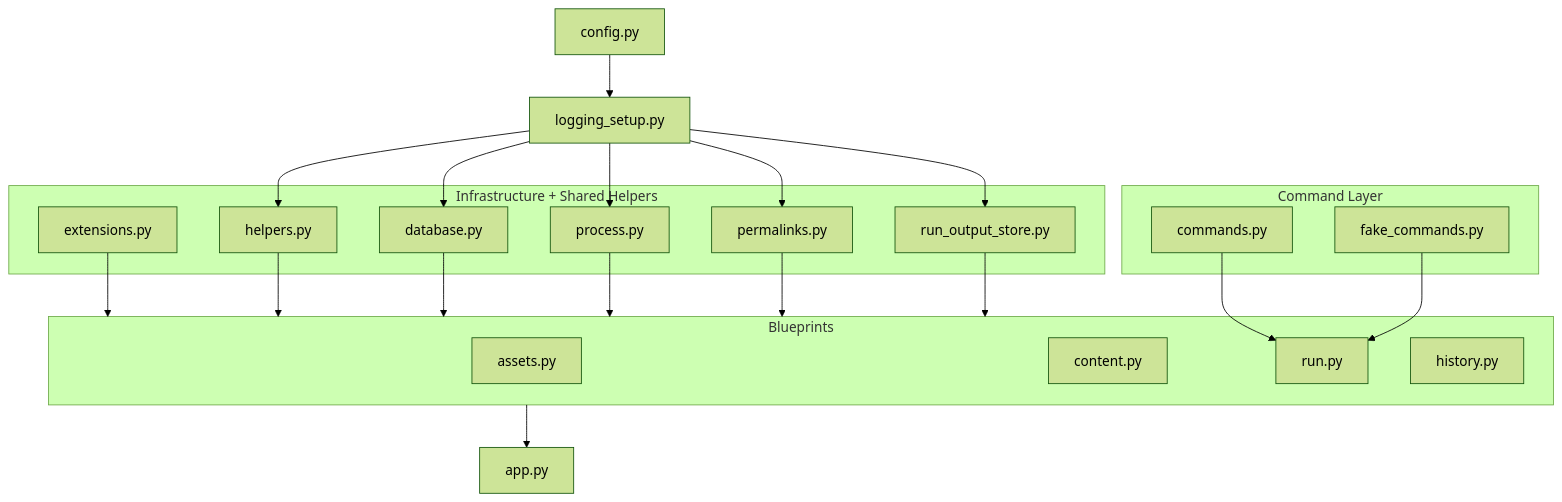
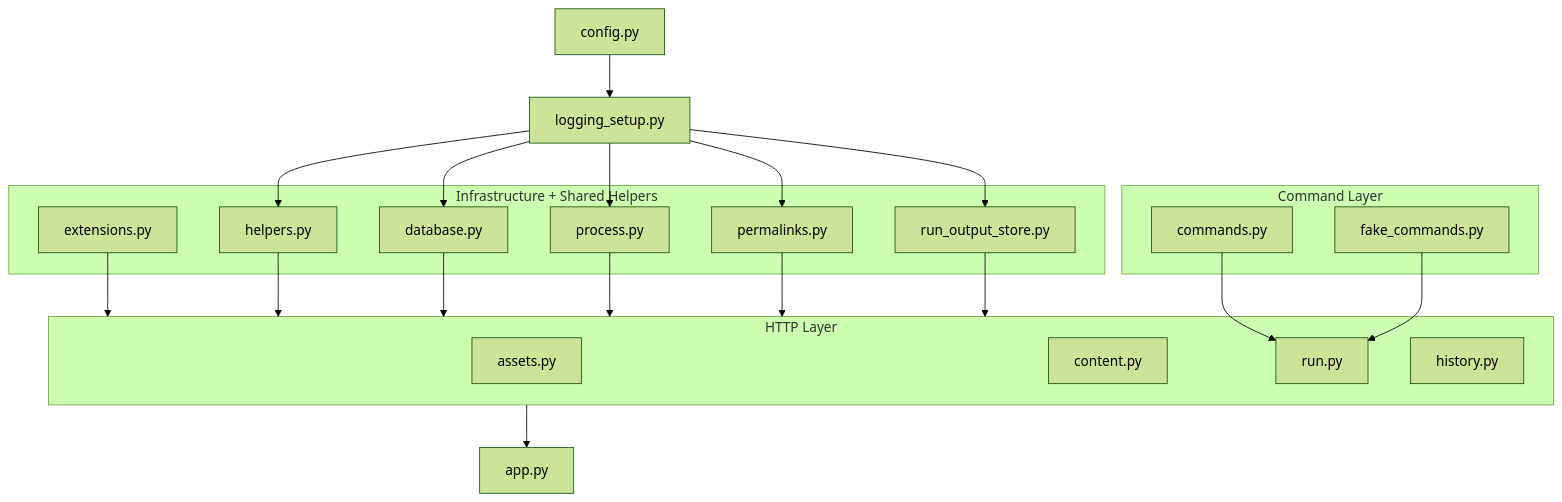
The sixth of 6 diagrams in ARCHITECTURE.md (darklab-sh/darklab-shell), drawn with Mermaid (forest theme) before and after one commit. The commit also changed other lines of this file and 79 other files, not shown here.

````diff
--- a/ARCHITECTURE.md
+++ b/ARCHITECTURE.md
@@ -224,44 +224,44 @@
 ```mermaid
 flowchart TB
   Config["config.py"]
   Logging["logging_setup.py"]
 
   subgraph Infra["Infrastructure + Shared Helpers"]
     Helpers["helpers.py"]
     Database["database.py"]
     Process["process.py"]
     Permalinks["permalinks.py"]
     OutputStore["run_output_store.py"]
     Extensions["extensions.py"]
   end
 
   subgraph Commands["Command Layer"]
     CommandRules["commands.py"]
     FakeCommands["fake_commands.py"]
   end
 
-  subgraph Blueprints["Blueprints"]
+  subgraph Http["HTTP Layer"]
     Assets["assets.py"]
     Content["content.py"]
     Run["run.py"]
     History["history.py"]
   end
 
   App["app.py"]
 
   Config --> Logging
   Logging --> Helpers
   Logging --> Database
   Logging --> Process
   Logging --> Permalinks
   Logging --> OutputStore
-  Extensions --> Blueprints
-  Helpers --> Blueprints
-  Database --> Blueprints
-  Process --> Blueprints
-  Permalinks --> Blueprints
-  OutputStore --> Blueprints
+  Extensions --> Http
+  Helpers --> Http
+  Database --> Http
+  Process --> Http
+  Permalinks --> Http
+  OutputStore --> Http
   CommandRules --> Run
   FakeCommands --> Run
-  Blueprints --> App
+  Http --> App
 ```
````
